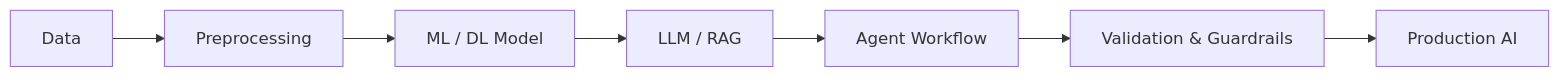
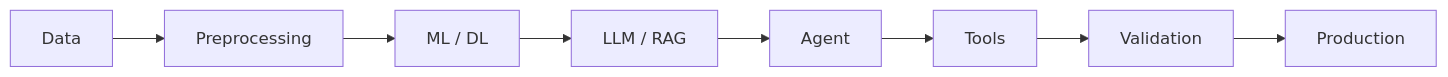
Before and after one commit to bhamniyaravi/bhamniyaravi: the first of 2 diagrams in README.md, drawn with Mermaid. The commit also changed other lines of this file, not shown here.

````diff
--- a/README.md
+++ b/README.md
@@ -198,9 +201,10 @@
 ```mermaid
 flowchart LR
     A[Data] --> B[Preprocessing]
-    B --> C[ML / DL Model]
+    B --> C[ML / DL]
     C --> D[LLM / RAG]
-    D --> E[Agent Workflow]
-    E --> F[Validation & Guardrails]
-    F --> G[Production AI]
+    D --> E[Agent]
+    E --> F[Tools]
+    F --> G[Validation]
+    G --> H[Production]
 ```
````
